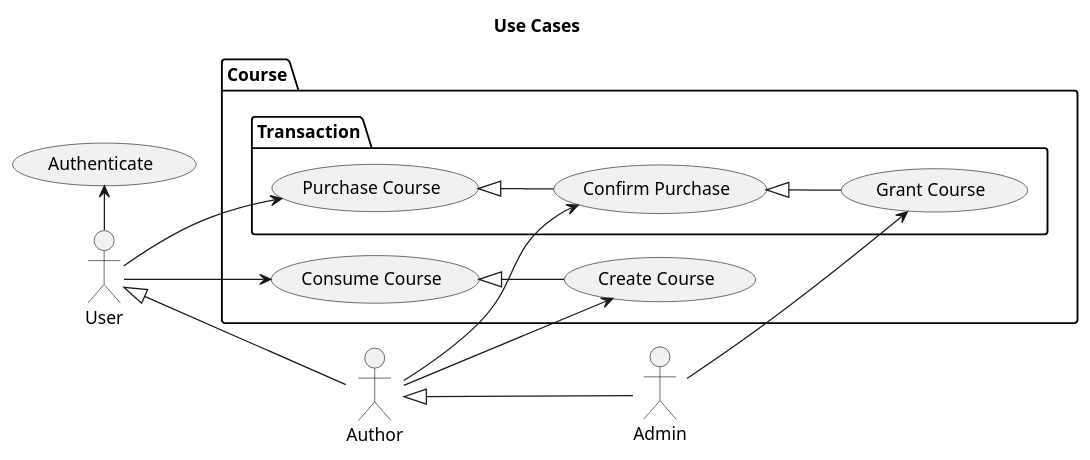
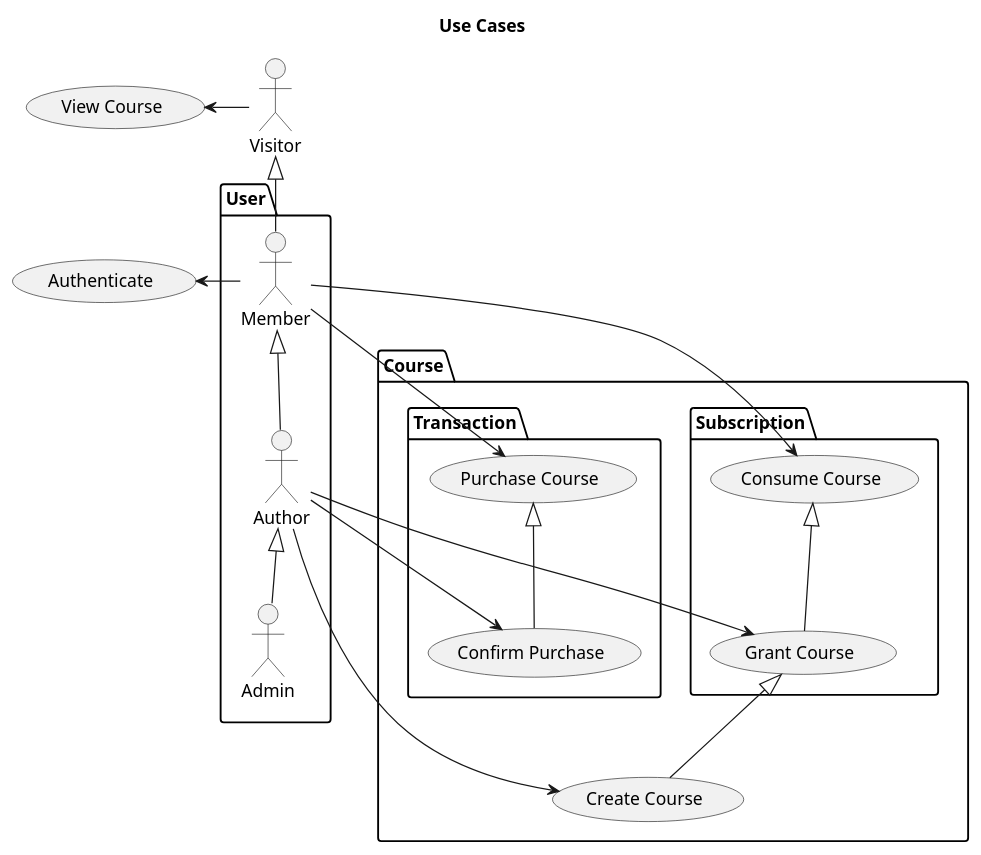
The diagram in docs/diagrams/use-cases.puml (zainfathoni/kelas.rumahberbagi.com), drawn with PlantUML before and after one commit.

Commit message:
docs: update Use Case Diagram

```diff
--- a/docs/diagrams/use-cases.puml
+++ b/docs/diagrams/use-cases.puml
@@ -1,33 +1,41 @@
 @startuml "Use Cases"
 title Use Cases
-left to right direction
 
-actor User as user
-actor Author as author
-actor Admin as admin
+actor Visitor
 
+package User {
+  actor Member
+  actor Author
+  actor Admin
+}
+
+usecase "View Course" as view
 usecase Authenticate as auth
 
 package Course {
   usecase "Create Course" as create
-  usecase "Consume Course" as consume
+  package Subscription {
+    usecase "Consume Course" as consume
+    usecase "Grant Course" as grant
+  }
   package Transaction {
     usecase "Purchase Course" as purchase
     usecase "Confirm Purchase" as confirm
-    usecase "Grant Course" as grant
   }
 }
 
-user <|-- author
-author <|-- admin
-consume <|-- create
+Visitor <|-- Member
+Member <|-- Author
+Author <|-- Admin
+consume <|-- grant
+grant <|-- create
 purchase <|-- confirm
-confirm <|-- grant
 
-user -left-> auth
-author --> create
-user --> purchase
-author --> confirm
-admin --> grant
-user --> consume
+Visitor -left-> view
+Member -left-> auth
+Author -right-> create
+Member --> purchase
+Author --> confirm
+Author --> grant
+Member --> consume
 @enduml
```
